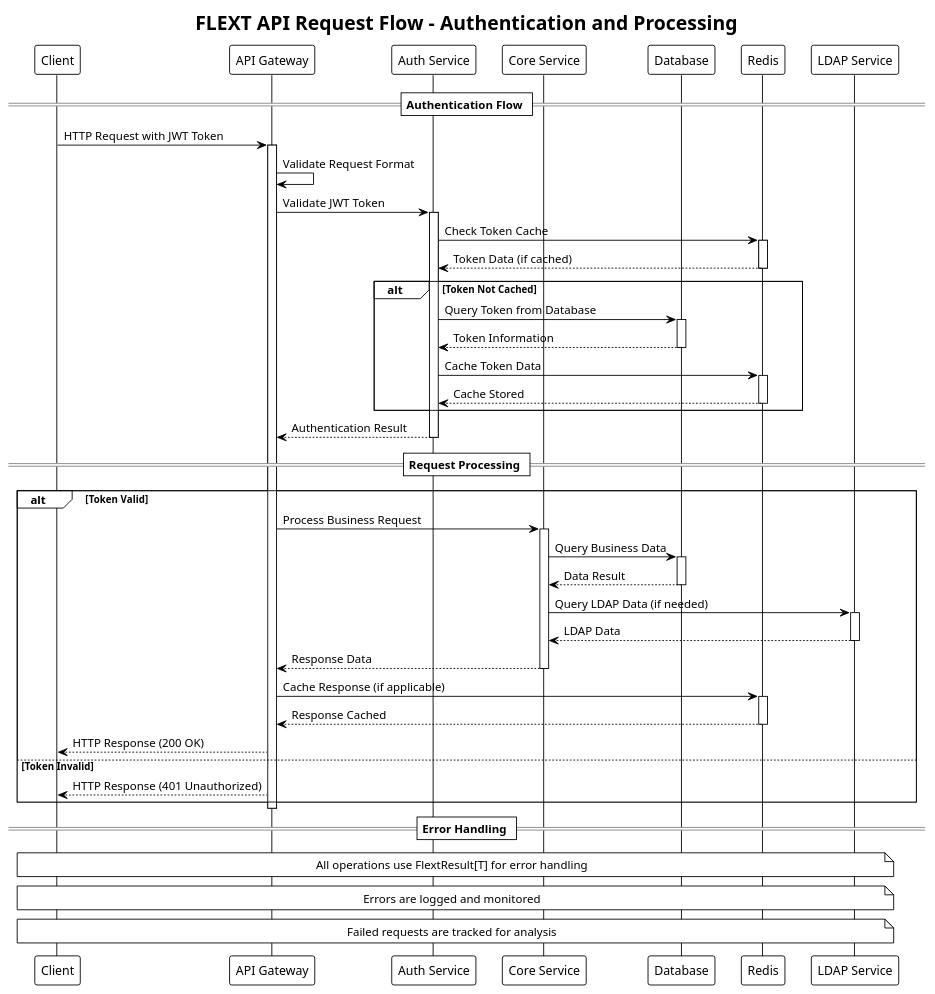
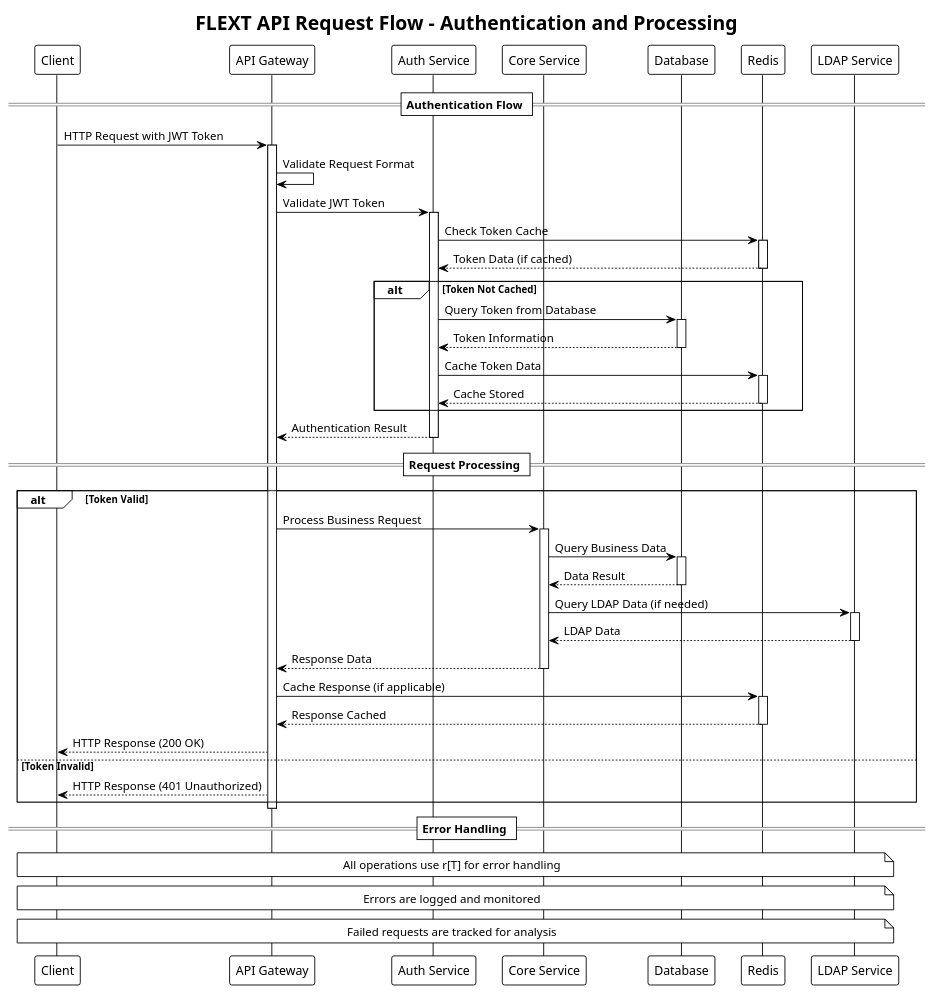
One commit to flext-sh/flext changed the diagram in docs/architecture/plantuml/sequence-diagrams/api-request-flow.puml. Above: the diagram before and after it, drawn with PlantUML. The commit also changed 35 other files, not shown here.

```diff
--- a/docs/architecture/plantuml/sequence-diagrams/api-request-flow.puml
+++ b/docs/architecture/plantuml/sequence-diagrams/api-request-flow.puml
@@ -1,76 +1,76 @@
 @startuml API Request Flow
 !theme plain
 title FLEXT API Request Flow - Authentication and Processing
 
 participant "Client" as C
 participant "API Gateway" as AG
 participant "Auth Service" as AUTH
 participant "Core Service" as CORE
 participant "Database" as DB
 participant "Redis" as REDIS
 participant "LDAP Service" as LDAP
 
 == Authentication Flow ==
 C -> AG: HTTP Request with JWT Token
 activate AG
 
 AG -> AG: Validate Request Format
 AG -> AUTH: Validate JWT Token
 activate AUTH
 
 AUTH -> REDIS: Check Token Cache
 activate REDIS
 REDIS --> AUTH: Token Data (if cached)
 deactivate REDIS
 
 alt Token Not Cached
     AUTH -> DB: Query Token from Database
     activate DB
     DB --> AUTH: Token Information
     deactivate DB
     
     AUTH -> REDIS: Cache Token Data
     activate REDIS
     REDIS --> AUTH: Cache Stored
     deactivate REDIS
 end
 
 AUTH --> AG: Authentication Result
 deactivate AUTH
 
 == Request Processing ==
 alt Token Valid
     AG -> CORE: Process Business Request
     activate CORE
     
     CORE -> DB: Query Business Data
     activate DB
     DB --> CORE: Data Result
     deactivate DB
     
     CORE -> LDAP: Query LDAP Data (if needed)
     activate LDAP
     LDAP --> CORE: LDAP Data
     deactivate LDAP
     
     CORE --> AG: Response Data
     deactivate CORE
     
     AG -> REDIS: Cache Response (if applicable)
     activate REDIS
     REDIS --> AG: Response Cached
     deactivate REDIS
     
     AG --> C: HTTP Response (200 OK)
 else Token Invalid
     AG --> C: HTTP Response (401 Unauthorized)
 end
 
 deactivate AG
 
 == Error Handling ==
-note over C, LDAP: All operations use FlextResult[T] for error handling
+note over C, LDAP: All operations use r[T] for error handling
 note over C, LDAP: Errors are logged and monitored
 note over C, LDAP: Failed requests are tracked for analysis
 
 @enduml
```
